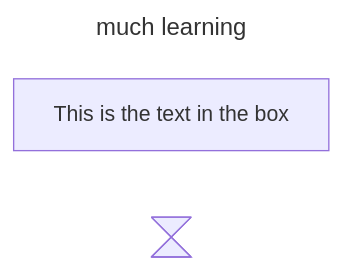
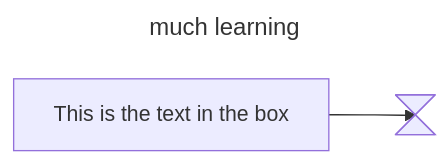
The second of 2 diagrams in neat.md (SerenaTech/docproj), drawn with Mermaid before and after one commit.

````diff
--- a/neat.md
+++ b/neat.md
@@ -42,11 +42,9 @@
 ```mermaid
 ---
 title: much learning
 ---
 flowchart LR
 
-    id1[This is the text in the box]
-
- A@{ shape: hourglass, label: "Collate" }
+    id1[This is the text in the box]-->A@{ shape: hourglass, label: "Collate" }
 
 ```
````
